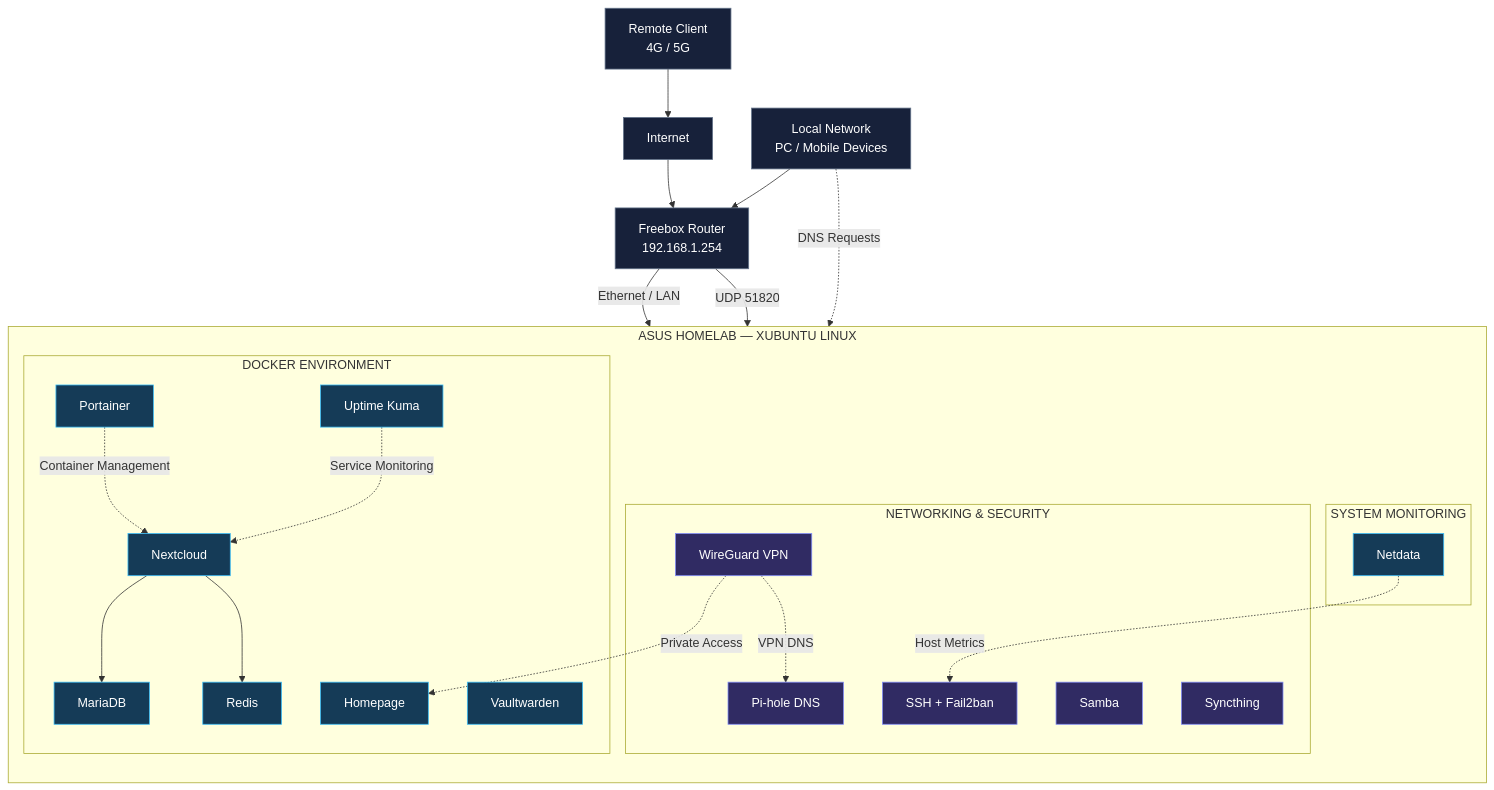
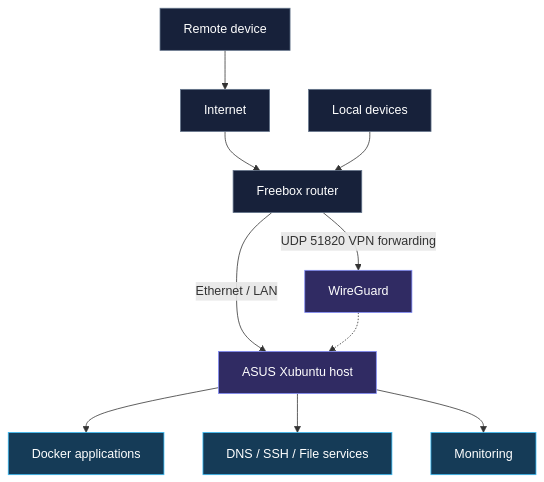
The diagram in README.md (lilouwen/homelab), drawn with Mermaid before and after one commit. The commit also changed other lines of this file and 24 other files, not shown here.

Commit message:
docs: split homelab overview into linked service guides

````diff
--- a/README.md
+++ b/README.md
@@ -121,60 +16,18 @@
 ```mermaid
 flowchart TB
-
-    REMOTE["Remote Client<br/>4G / 5G"]
-    INTERNET["Internet"]
-    ROUTER["Freebox Router<br/>192.168.1.254"]
-    LAN["Local Network<br/>PC / Mobile Devices"]
-
-    REMOTE --> INTERNET
-    INTERNET --> ROUTER
-    LAN --> ROUTER
-
-    subgraph SERVER["ASUS HOMELAB — XUBUNTU LINUX"]
-        direction TB
-
-        subgraph NETWORK["NETWORKING & SECURITY"]
-            WG["WireGuard VPN"]
-            DNS["Pi-hole DNS"]
-            SSH["SSH + Fail2ban"]
-            SAMBA["Samba"]
-            SYNC["Syncthing"]
-        end
-
-        subgraph DOCKER["DOCKER ENVIRONMENT"]
-            PORT["Portainer"]
-            HOME["Homepage"]
-            VAULT["Vaultwarden"]
-            CLOUD["Nextcloud"]
-            DB["MariaDB"]
-            CACHE["Redis"]
-            KUMA["Uptime Kuma"]
-        end
-
-        subgraph OBSERVABILITY["SYSTEM MONITORING"]
-            NETDATA["Netdata"]
-        end
-
-        CLOUD --> DB
-        CLOUD --> CACHE
-    end
-
-    ROUTER -->|"Ethernet / LAN"| SSH
-    ROUTER -->|"UDP 51820"| WG
-
-    LAN -.->|"DNS Requests"| DNS
-    WG -.->|"VPN DNS"| DNS
-    WG -.->|"Private Access"| HOME
-
-    PORT -.->|"Container Management"| CLOUD
-    KUMA -.->|"Service Monitoring"| CLOUD
-    NETDATA -.->|"Host Metrics"| SSH
-
-    classDef external fill:#17213a,stroke:#64748b,color:#ffffff
-    classDef security fill:#302b63,stroke:#818cf8,color:#ffffff
-    classDef service fill:#153b57,stroke:#38bdf8,color:#ffffff
-
-    class REMOTE,INTERNET,ROUTER,LAN external
-    class WG,DNS,SSH,SAMBA,SYNC security
-    class PORT,HOME,VAULT,CLOUD,DB,CACHE,KUMA,NETDATA service
+    R["Remote device"] --> I["Internet"]
+    I --> F["Freebox router"]
+    L["Local devices"] --> F
+    F -->|"Ethernet / LAN"| S["ASUS Xubuntu host"]
+    F -->|"UDP 51820 VPN forwarding"| W["WireGuard"]
+    W -.-> S
+    S --> D["Docker applications"]
+    S --> N["DNS / SSH / File services"]
+    S --> M["Monitoring"]
+    classDef edge fill:#17213a,stroke:#64748b,color:#fff
+    classDef host fill:#302b63,stroke:#818cf8,color:#fff
+    classDef app fill:#153b57,stroke:#38bdf8,color:#fff
+    class R,I,F,L edge
+    class W,S host
+    class D,N,M app
 ```
````
